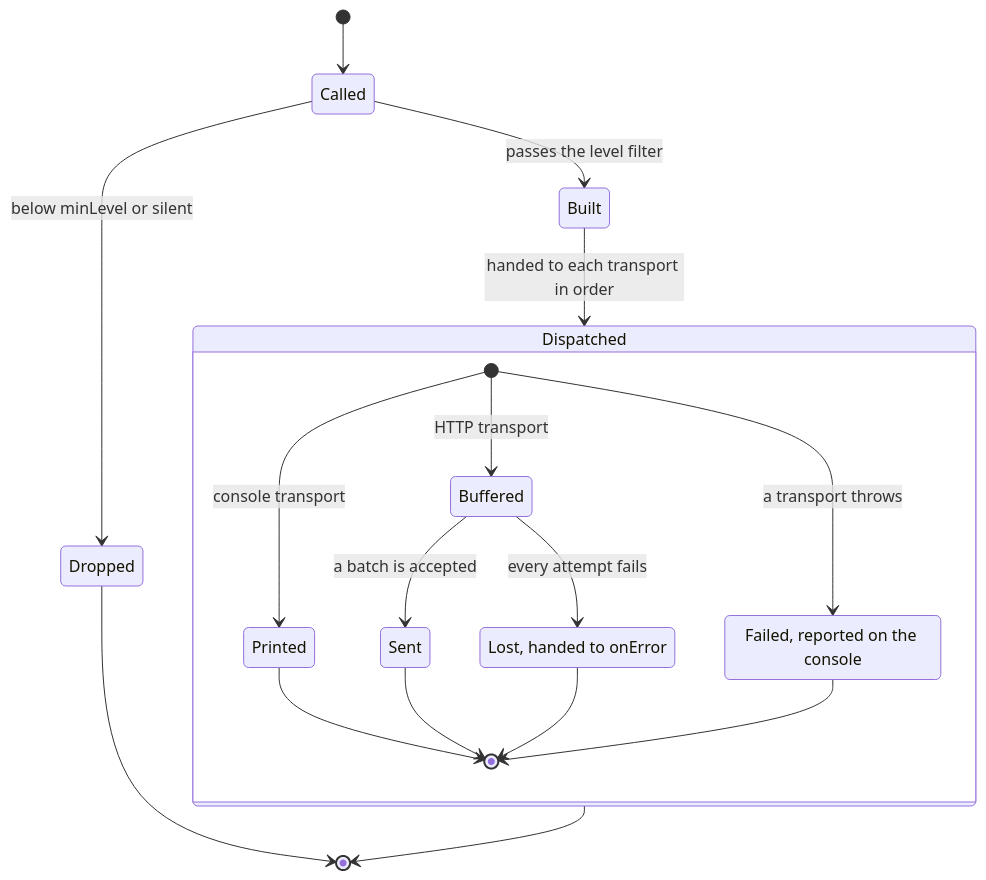
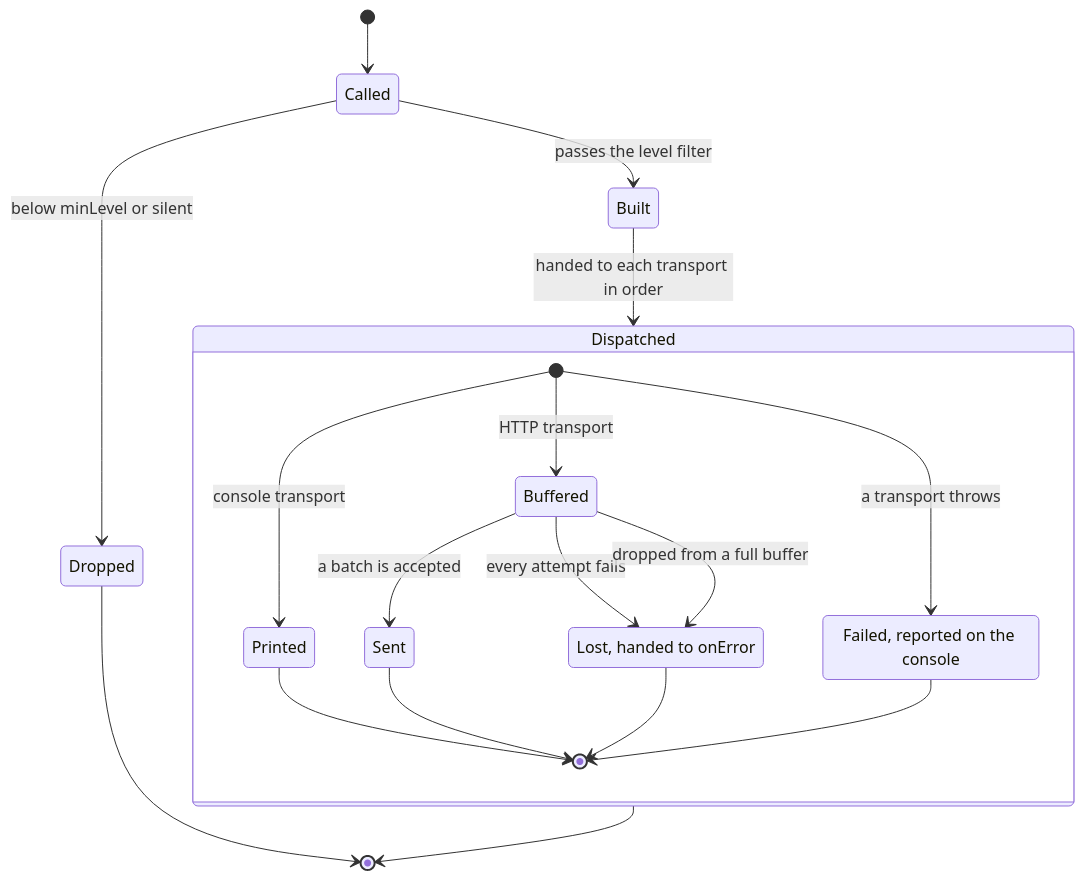
The diagram in packages/logger/README.md (NextNodeSolutions/core), drawn with Mermaid before and after one commit. The commit also changed other lines of this file and 4 other files, not shown here.

````diff
--- a/packages/logger/README.md
+++ b/packages/logger/README.md
@@ -44,22 +44,23 @@
 ```mermaid
 stateDiagram-v2
     [*] --> Called
     Called --> Dropped: below minLevel or silent
     Called --> Built: passes the level filter
     Built --> Dispatched: handed to each transport in order
     state Dispatched {
         [*] --> Printed: console transport
         [*] --> Buffered: HTTP transport
         [*] --> Reported: a transport throws
         Buffered --> Sent: a batch is accepted
         Buffered --> Lost: every attempt fails
+        Buffered --> Lost: dropped from a full buffer
         state "Failed, reported on the console" as Reported
         state "Lost, handed to onError" as Lost
         Printed --> [*]
         Sent --> [*]
         Lost --> [*]
         Reported --> [*]
     }
     Dropped --> [*]
     Dispatched --> [*]
 ```
````
